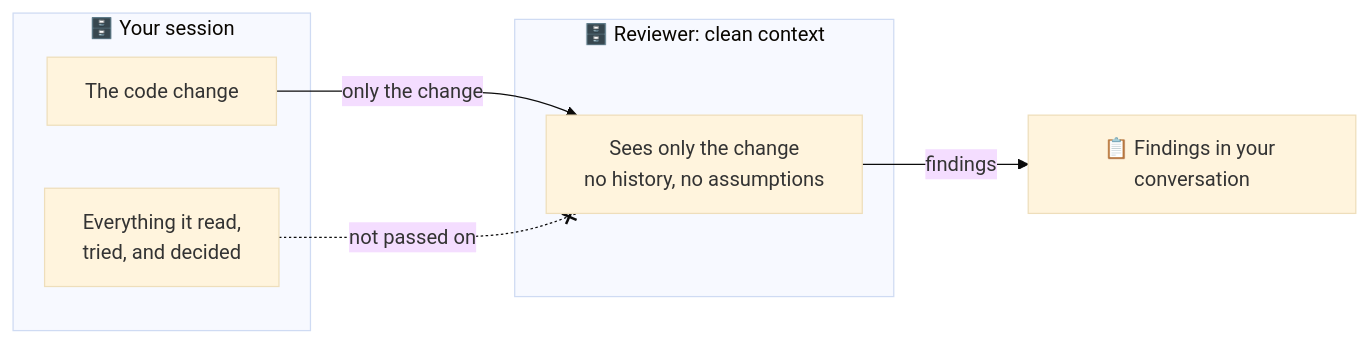
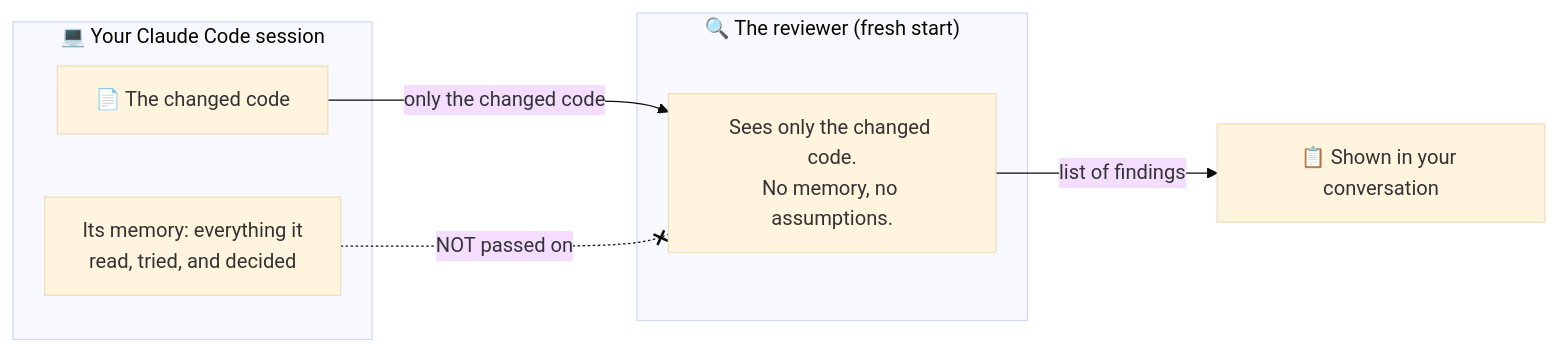
One commit to nirajp82/ClaudeArchitectProfessionalStudyGuide changed the second of 3 diagrams in 01_ClaudeCode101/07-code-review.md. Above: the diagram before and after it, drawn with Mermaid (base theme). The commit also changed other lines of this file, not shown here.

````diff
--- a/01_ClaudeCode101/07-code-review.md
+++ b/01_ClaudeCode101/07-code-review.md
@@ -150,13 +230,13 @@
 ```mermaid
 flowchart LR
-    subgraph MAIN["🗄️ Your session"]
-        H["Everything it read,<br/>tried, and decided"]
-        C["The code change"]
+    subgraph MAIN["💻 Your Claude Code session"]
+        H["Its memory: everything it<br/>read, tried, and decided"]
+        C["📄 The changed code"]
     end
-    subgraph REV["🗄️ Reviewer: clean context"]
-        R["Sees only the change<br/>no history, no assumptions"]
+    subgraph REV["🔍 The reviewer (fresh start)"]
+        R["Sees only the changed code.<br/>No memory, no assumptions."]
     end
-    C -- "only the change" --> R
-    R -- "findings" --> F["📋 Findings in your conversation"]
-    H -. "not passed on" .-x R
+    C -- "only the changed code" --> R
+    R -- "list of findings" --> F["📋 Shown in your conversation"]
+    H -. "NOT passed on" .-x R
 ```
````
